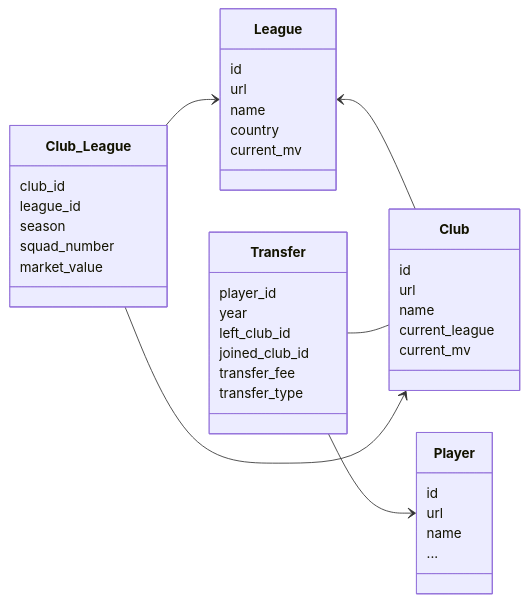
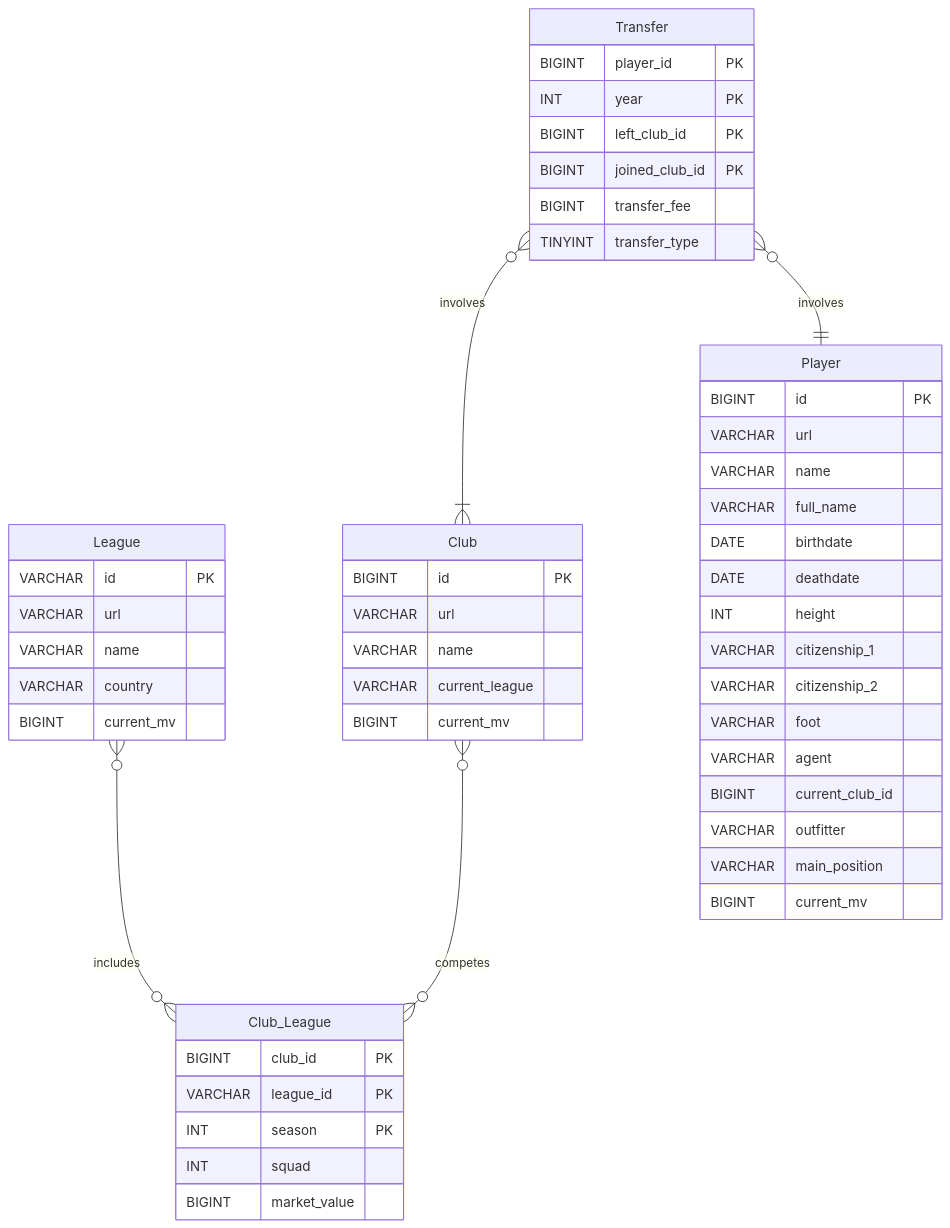
The second of 2 diagrams in README.md (otaviofbrito/Transfermarkt-Scraper), drawn with Mermaid before and after one commit. The commit also changed other lines of this file and 1 other file, not shown here.

Commit message:
readme: add neo4j graph model

````diff
--- a/README.md
+++ b/README.md
@@ -12,45 +42,54 @@
 ```mermaid
-classDiagram
-direction LR
-    League <-- Club
-    Transfer --> Player
-    Transfer -- Club
-    Club_League --> Club
-    Club_League --> League
-    class League{
-      id
-      url
-      name
-      country
-      current_mv
+erDiagram 
+    League }o--o{ Club_League : includes
+    League {
+        VARCHAR id PK
+        VARCHAR url
+        VARCHAR name
+        VARCHAR country
+        BIGINT current_mv
     }
-    class Club{
-      id
-      url
-      name
-      current_league
-      current_mv
+    Club }o--o{ Club_League : competes
+    Club {
+        BIGINT id PK
+        VARCHAR url
+        VARCHAR name
+        VARCHAR current_league
+        BIGINT current_mv
+    }
+    Club_League {
+        BIGINT club_id PK
+        VARCHAR league_id PK
+        INT season PK
+        INT squad
+        BIGINT market_value
+    }
+    Transfer }o--|{ Club : involves
 
+    Transfer }o--|| Player : involves
+    Transfer {
+        BIGINT player_id PK
+        INT year PK
+        BIGINT left_club_id PK
+        BIGINT joined_club_id PK
+        BIGINT transfer_fee
+        TINYINT transfer_type
     }
-    class Club_League{
-      club_id
-      league_id
-      season
-      squad_number
-      market_value
-    }
-    class Player{
-      id
-      url
-      name
-      ...
-    }
-     class Transfer{
-      player_id
-      year
-      left_club_id
-      joined_club_id
-      transfer_fee
-      transfer_type
+    Player {
+        BIGINT id PK
+        VARCHAR url
+        VARCHAR name
+        VARCHAR full_name
+        DATE birthdate
+        DATE deathdate
+        INT height
+        VARCHAR citizenship_1
+        VARCHAR citizenship_2
+        VARCHAR foot
+        VARCHAR agent
+        BIGINT current_club_id
+        VARCHAR outfitter
+        VARCHAR main_position
+        BIGINT current_mv
     }
 ```
````
